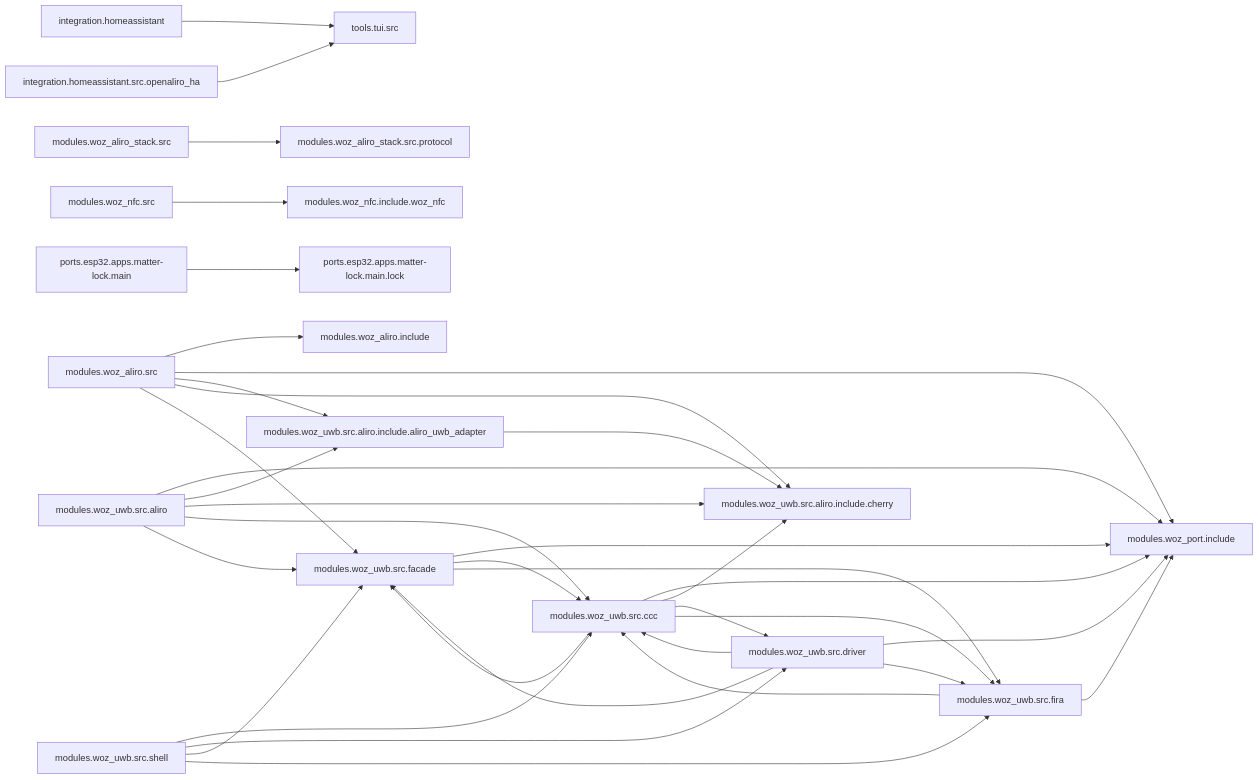
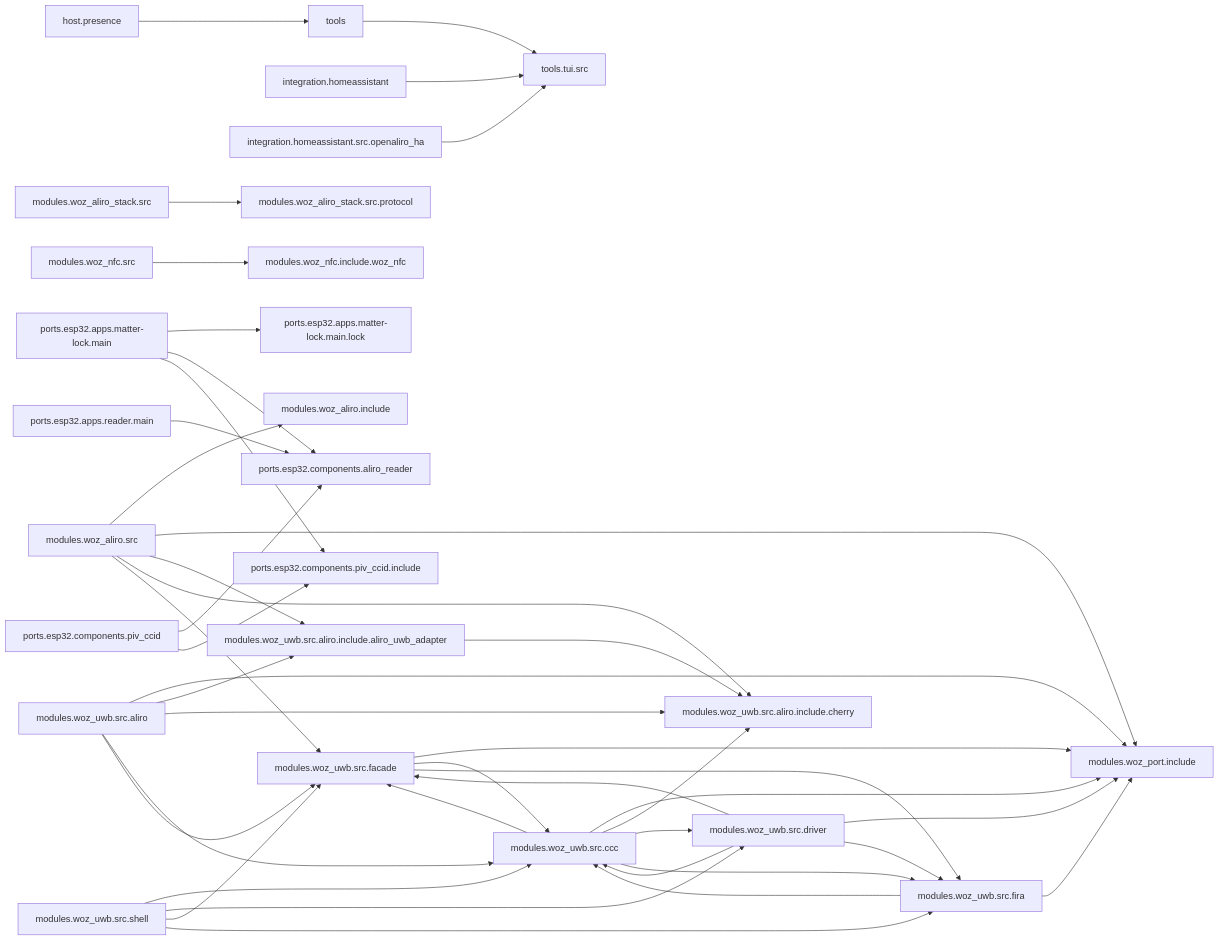
One commit to jonathan-shc/UWB changed the diagram in docs/ARCHITECTURE.md. Above: the diagram before and after it, drawn with Mermaid. The commit also changed other lines of this file and 4 other files, not shown here.

````diff
--- a/docs/ARCHITECTURE.md
+++ b/docs/ARCHITECTURE.md
@@ -6,37 +6,44 @@
 ```mermaid
 flowchart LR
+  host.presence --> tools
   integration.homeassistant --> tools.tui.src
   integration.homeassistant.src.openaliro_ha --> tools.tui.src
   modules.woz_aliro.src --> modules.woz_aliro.include
   modules.woz_aliro.src --> modules.woz_port.include
   modules.woz_aliro.src --> modules.woz_uwb.src.aliro.include.aliro_uwb_adapter
   modules.woz_aliro.src --> modules.woz_uwb.src.aliro.include.cherry
   modules.woz_aliro.src --> modules.woz_uwb.src.facade
   modules.woz_aliro_stack.src --> modules.woz_aliro_stack.src.protocol
   modules.woz_nfc.src --> modules.woz_nfc.include.woz_nfc
   modules.woz_uwb.src.aliro --> modules.woz_port.include
   modules.woz_uwb.src.aliro --> modules.woz_uwb.src.aliro.include.aliro_uwb_adapter
   modules.woz_uwb.src.aliro --> modules.woz_uwb.src.aliro.include.cherry
   modules.woz_uwb.src.aliro --> modules.woz_uwb.src.ccc
   modules.woz_uwb.src.aliro --> modules.woz_uwb.src.facade
   modules.woz_uwb.src.aliro.include.aliro_uwb_adapter --> modules.woz_uwb.src.aliro.include.cherry
   modules.woz_uwb.src.ccc --> modules.woz_port.include
   modules.woz_uwb.src.ccc --> modules.woz_uwb.src.aliro.include.cherry
   modules.woz_uwb.src.ccc --> modules.woz_uwb.src.driver
   modules.woz_uwb.src.ccc --> modules.woz_uwb.src.facade
   modules.woz_uwb.src.ccc --> modules.woz_uwb.src.fira
   modules.woz_uwb.src.driver --> modules.woz_port.include
   modules.woz_uwb.src.driver --> modules.woz_uwb.src.ccc
   modules.woz_uwb.src.driver --> modules.woz_uwb.src.facade
   modules.woz_uwb.src.driver --> modules.woz_uwb.src.fira
   modules.woz_uwb.src.facade --> modules.woz_port.include
   modules.woz_uwb.src.facade --> modules.woz_uwb.src.ccc
   modules.woz_uwb.src.facade --> modules.woz_uwb.src.fira
   modules.woz_uwb.src.fira --> modules.woz_port.include
   modules.woz_uwb.src.fira --> modules.woz_uwb.src.ccc
   modules.woz_uwb.src.shell --> modules.woz_uwb.src.ccc
   modules.woz_uwb.src.shell --> modules.woz_uwb.src.driver
   modules.woz_uwb.src.shell --> modules.woz_uwb.src.facade
   modules.woz_uwb.src.shell --> modules.woz_uwb.src.fira
   ports.esp32.apps.matter-lock.main --> ports.esp32.apps.matter-lock.main.lock
+  ports.esp32.apps.matter-lock.main --> ports.esp32.components.aliro_reader
+  ports.esp32.apps.matter-lock.main --> ports.esp32.components.piv_ccid.include
+  ports.esp32.apps.reader.main --> ports.esp32.components.aliro_reader
+  ports.esp32.components.piv_ccid --> ports.esp32.components.aliro_reader
+  ports.esp32.components.piv_ccid --> ports.esp32.components.piv_ccid.include
+  tools --> tools.tui.src
 ```
````
